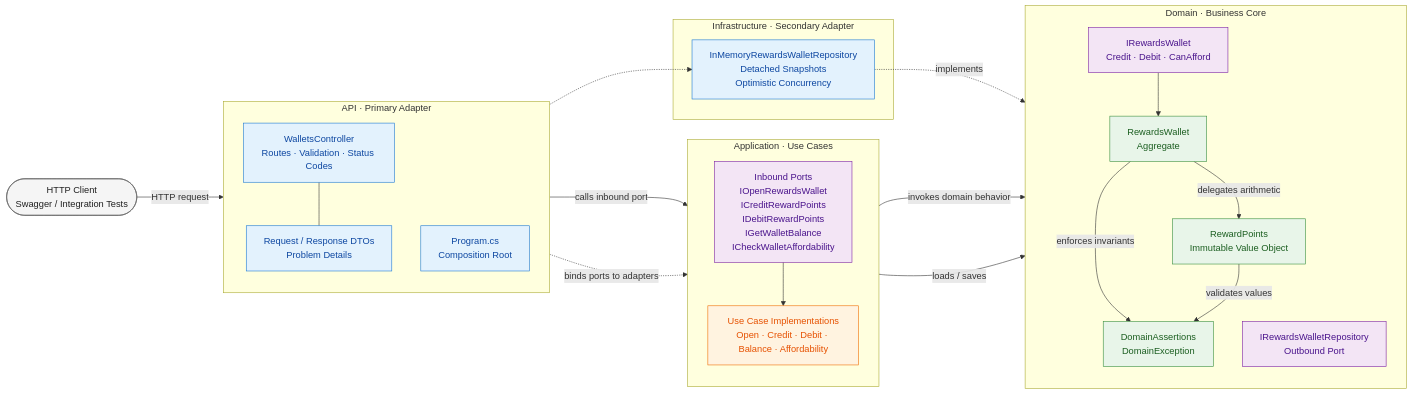
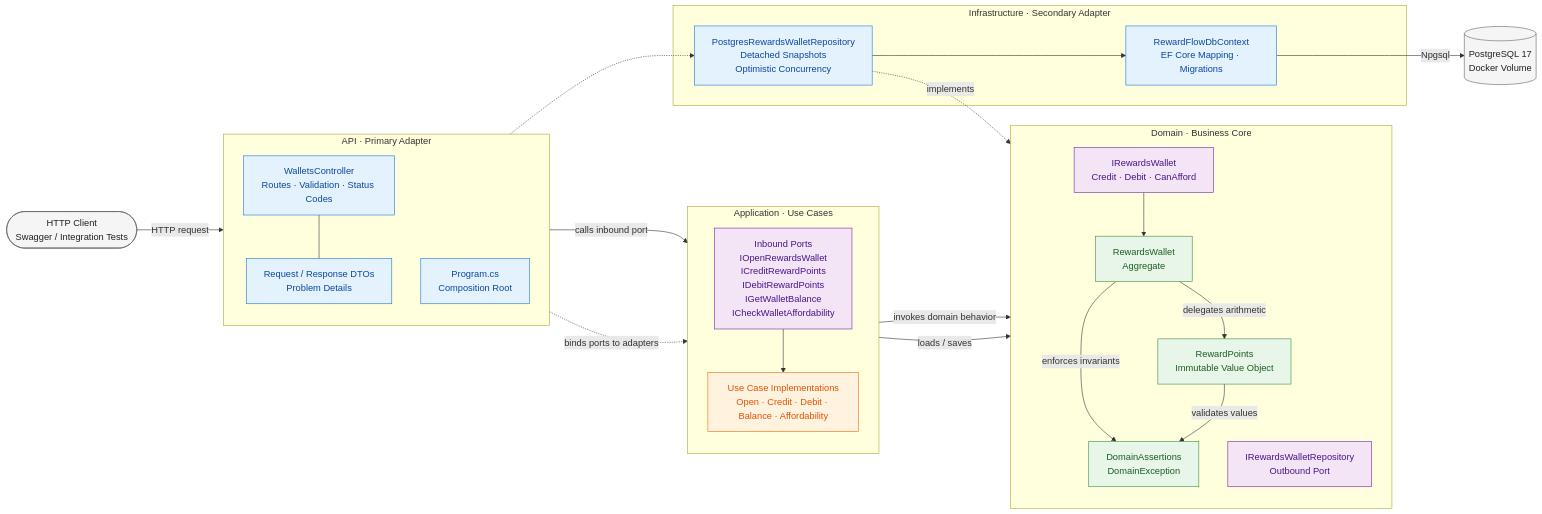
Before and after one commit to rfulgencio3/RewardFlow.SuppleDesign: the second of 4 diagrams in README.md, drawn with Mermaid. The commit also changed other lines of this file and 21 other files, not shown here.

Commit message:
feat: persist reward wallets in PostgreSQL (#7)

````diff
--- a/README.md
+++ b/README.md
@@ -191,56 +194,61 @@
 ```mermaid
 flowchart LR
     Client([HTTP Client<br/>Swagger / Integration Tests])
 
     subgraph Api["API · Primary Adapter"]
         direction TB
         Controller["WalletsController<br/>Routes · Validation · Status Codes"]
         DTOs["Request / Response DTOs<br/>Problem Details"]
         Composition["Program.cs<br/>Composition Root"]
         Controller --- DTOs
     end
 
     subgraph Application["Application · Use Cases"]
         direction TB
         InboundPorts["Inbound Ports<br/>IOpenRewardsWallet<br/>ICreditRewardPoints<br/>IDebitRewardPoints<br/>IGetWalletBalance<br/>ICheckWalletAffordability"]
         UseCases["Use Case Implementations<br/>Open · Credit · Debit · Balance · Affordability"]
         InboundPorts --> UseCases
     end
 
     subgraph Domain["Domain · Business Core"]
         direction TB
         WalletPort["IRewardsWallet<br/>Credit · Debit · CanAfford"]
         Wallet["RewardsWallet<br/>Aggregate"]
         Points["RewardPoints<br/>Immutable Value Object"]
         Rules["DomainAssertions<br/>DomainException"]
         RepositoryPort["IRewardsWalletRepository<br/>Outbound Port"]
 
         WalletPort --> Wallet
         Wallet -->|delegates arithmetic| Points
         Wallet -->|enforces invariants| Rules
         Points -->|validates values| Rules
     end
 
     subgraph Infrastructure["Infrastructure · Secondary Adapter"]
-        Repository["InMemoryRewardsWalletRepository<br/>Detached Snapshots<br/>Optimistic Concurrency"]
+        Repository["PostgresRewardsWalletRepository<br/>Detached Snapshots<br/>Optimistic Concurrency"]
+        DbContext["RewardFlowDbContext<br/>EF Core Mapping · Migrations"]
+        Repository --> DbContext
     end
+
+    Database[(PostgreSQL 17<br/>Docker Volume)]
 
     Client -->|HTTP request| Controller
     Controller -->|calls inbound port| InboundPorts
     UseCases -->|invokes domain behavior| WalletPort
     UseCases -->|loads / saves| RepositoryPort
     Repository -.->|implements| RepositoryPort
+    DbContext -->|Npgsql| Database
     Composition -.->|binds ports to adapters| InboundPorts
     Composition -.-> Repository
 
     classDef external fill:#f5f5f5,stroke:#616161,color:#212121
     classDef adapter fill:#e3f2fd,stroke:#1976d2,color:#0d47a1
     classDef application fill:#fff3e0,stroke:#ef6c00,color:#e65100
     classDef domain fill:#e8f5e9,stroke:#388e3c,color:#1b5e20
     classDef port fill:#f3e5f5,stroke:#7b1fa2,color:#4a148c
-    class Client external
-    class Controller,DTOs,Composition,Repository adapter
+    class Client,Database external
+    class Controller,DTOs,Composition,Repository,DbContext adapter
     class UseCases application
     class Wallet,Points,Rules domain
     class InboundPorts,WalletPort,RepositoryPort port
 ```
````
